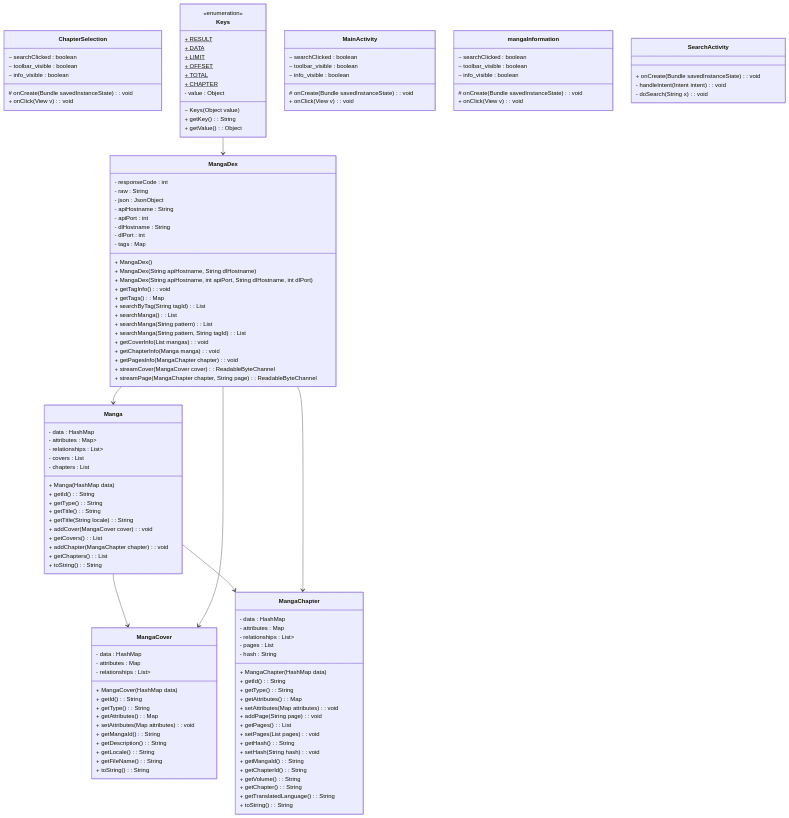
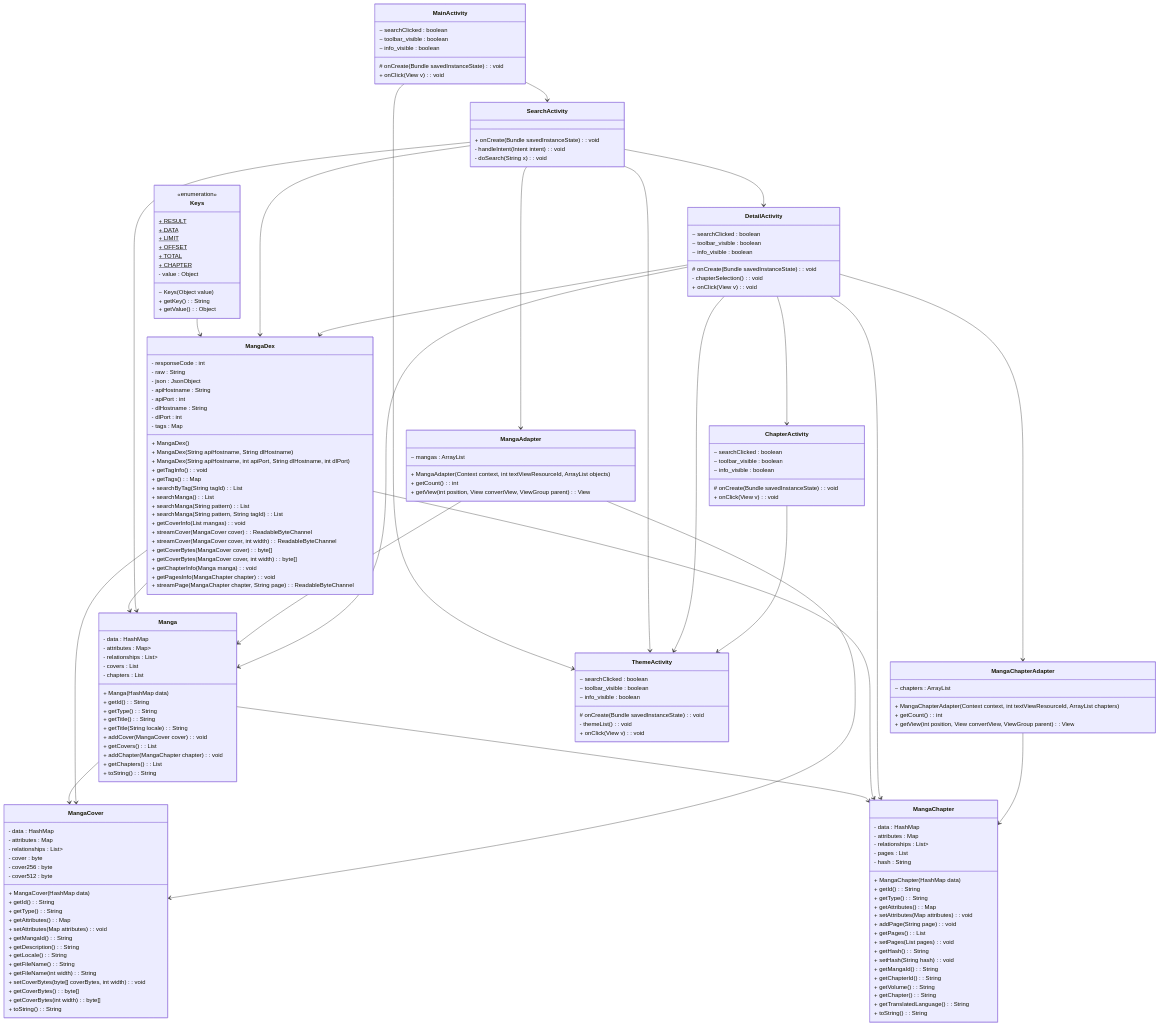
The diagram in README.md (GabrielERincon/mangaReaderandDatabase), drawn with Mermaid before and after one commit. The commit also changed 9 other files, not shown here.

Commit message:
Refactor DetailActivity and list chapters

````diff
--- a/README.md
+++ b/README.md
@@ -7,18 +7,20 @@
 ```mermaid
 classDiagram
-  class ChapterSelection {
+  class MangaChapterAdapter {
 
-    ~ searchClicked : boolean
-    ~ toolbar_visible : boolean
-    ~ info_visible : boolean
-    # onCreate(Bundle savedInstanceState) : void
-    + onClick(View v) : void
+    ~ chapters : ArrayList<MangaChapter>
+    + MangaChapterAdapter(Context context, int textViewResourceId, ArrayList<MangaChapter> chapters)
+    + getCount() : int
+    + getView(int position, View convertView, ViewGroup parent) : View
   }
   class MangaCover {
 
     - data : HashMap<String, Object>
     - attributes : Map<String, String>
     - relationships : List<Map<String, String>>
+    - cover : byte
+    - cover256 : byte
+    - cover512 : byte
     + MangaCover(HashMap<String, Object> data)
     + getId() : String
     + getType() : String
@@ -28,6 +30,10 @@
     + getDescription() : String
     + getLocale() : String
     + getFileName() : String
+    + getFileName(int width) : String
+    + setCoverBytes(byte[] coverBytes, int width) : void
+    + getCoverBytes() : byte[]
+    + getCoverBytes(int width) : byte[]
     + toString() : String
   }
   class MangaDex {
@@ -50,23 +56,35 @@
     + searchManga(String pattern) : List<Manga>
     + searchManga(String pattern, String tagId) : List<Manga>
     + getCoverInfo(List<Manga> mangas) : void
+    + streamCover(MangaCover cover) : ReadableByteChannel
+    + streamCover(MangaCover cover, int width) : ReadableByteChannel
+    + getCoverBytes(MangaCover cover) : byte[]
+    + getCoverBytes(MangaCover cover, int width) : byte[]
     + getChapterInfo(Manga manga) : void
     + getPagesInfo(MangaChapter chapter) : void
-    + streamCover(MangaCover cover) : ReadableByteChannel
     + streamPage(MangaChapter chapter, String page) : ReadableByteChannel
   }
   class Keys {
 <<enumeration>>
-    + RESULT$
-    + DATA$
-    + LIMIT$
-    + OFFSET$
-    + TOTAL$
-    + CHAPTER$
+    + RESULT$  
+    + DATA$  
+    + LIMIT$  
+    + OFFSET$  
+    + TOTAL$  
+    + CHAPTER$  
     - value : Object
     ~ Keys(Object value)
     + getKey() : String
     + getValue() : Object
+  }
+  class DetailActivity {
+
+    ~ searchClicked : boolean
+    ~ toolbar_visible : boolean
+    ~ info_visible : boolean
+    # onCreate(Bundle savedInstanceState) : void
+    - chapterSelection() : void
+    + onClick(View v) : void
   }
   class Manga {
 
@@ -118,7 +136,16 @@
     + getTranslatedLanguage() : String
     + toString() : String
   }
-  class mangaInformation {
+  class ThemeActivity {
+
+    ~ searchClicked : boolean
+    ~ toolbar_visible : boolean
+    ~ info_visible : boolean
+    # onCreate(Bundle savedInstanceState) : void
+    - themeList() : void
+    + onClick(View v) : void
+  }
+  class ChapterActivity {
 
     ~ searchClicked : boolean
     ~ toolbar_visible : boolean
@@ -126,16 +153,49 @@
     # onCreate(Bundle savedInstanceState) : void
     + onClick(View v) : void
   }
+  class MangaAdapter {
+
+    ~ mangas : ArrayList<Manga>
+    + MangaAdapter(Context context, int textViewResourceId, ArrayList<Manga> objects)
+    + getCount() : int
+    + getView(int position, View convertView, ViewGroup parent) : View
+  }
   class SearchActivity {
 
     + onCreate(Bundle savedInstanceState) : void
     - handleIntent(Intent intent) : void
     - doSearch(String x) : void
   }
+
 Keys --> MangaDex
+
 Manga --> MangaCover
 Manga --> MangaChapter
+
 MangaDex --> Manga
 MangaDex --> MangaCover
 MangaDex --> MangaChapter
+
+MainActivity --> SearchActivity
+MainActivity --> ThemeActivity
+
+SearchActivity --> MangaAdapter
+SearchActivity --> DetailActivity
+SearchActivity --> ThemeActivity
+SearchActivity --> MangaDex
+SearchActivity --> Manga
+
+MangaAdapter --> Manga
+MangaAdapter --> MangaCover
+
+DetailActivity --> MangaChapterAdapter
+DetailActivity --> ChapterActivity
+DetailActivity --> ThemeActivity
+DetailActivity --> MangaDex
+DetailActivity --> Manga
+DetailActivity --> MangaChapter
+
+MangaChapterAdapter --> MangaChapter
+
+ChapterActivity --> ThemeActivity
 ```
````
